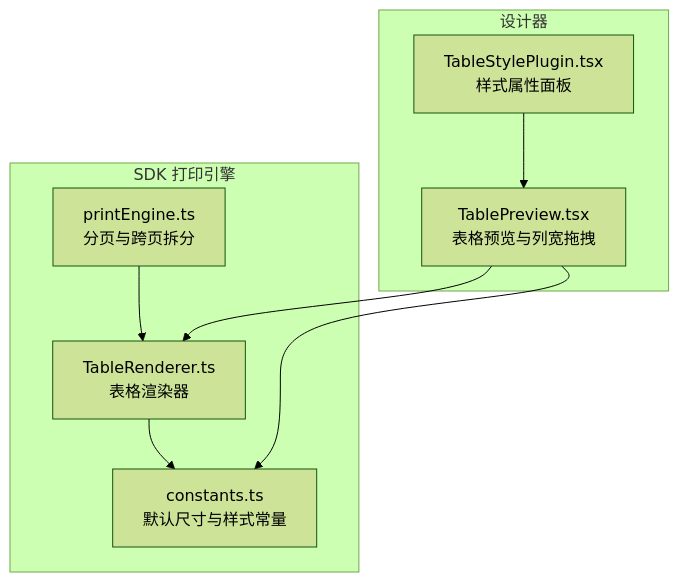
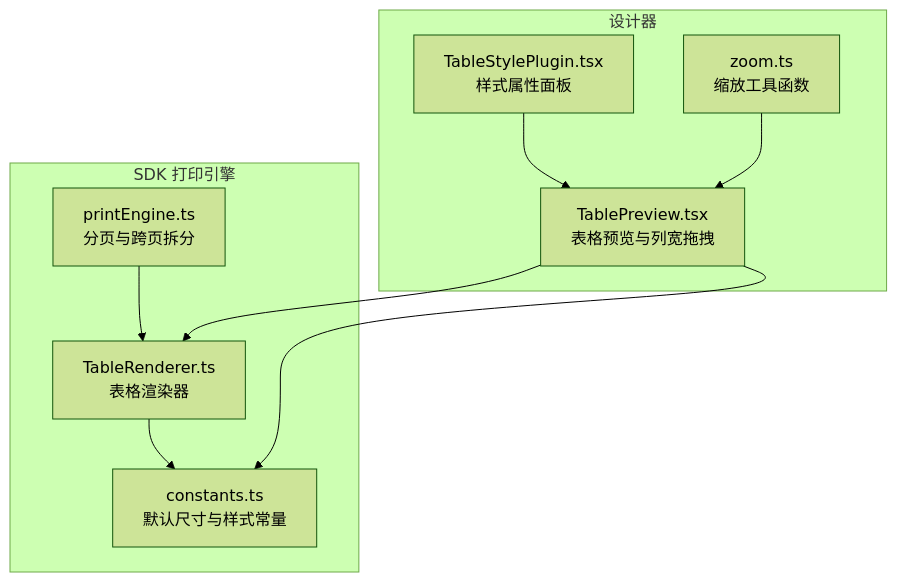
Before and after one commit to joker-yjc/printer: the first of 9 diagrams in .qoder/repowiki/zh/content/项目概述/核心特性/打印引擎系统/表格智能渲染.md, drawn with Mermaid (forest theme). The commit also changed other lines of this file and 56 other files, not shown here.

````diff
--- a/.qoder/repowiki/zh/content/项目概述/核心特性/打印引擎系统/表格智能渲染.md
+++ b/.qoder/repowiki/zh/content/项目概述/核心特性/打印引擎系统/表格智能渲染.md
@@ -38,17 +47,19 @@
 ```mermaid
 graph TB
 subgraph "SDK 打印引擎"
 PE["printEngine.ts<br/>分页与跨页拆分"]
 TR["TableRenderer.ts<br/>表格渲染器"]
 C["constants.ts<br/>默认尺寸与样式常量"]
 end
 subgraph "设计器"
 TP["TablePreview.tsx<br/>表格预览与列宽拖拽"]
 TSP["TableStylePlugin.tsx<br/>样式属性面板"]
+Z["zoom.ts<br/>缩放工具函数"]
 end
 PE --> TR
 TR --> C
 TP --> TR
 TP --> C
 TSP --> TP
+Z --> TP
 ```
````
